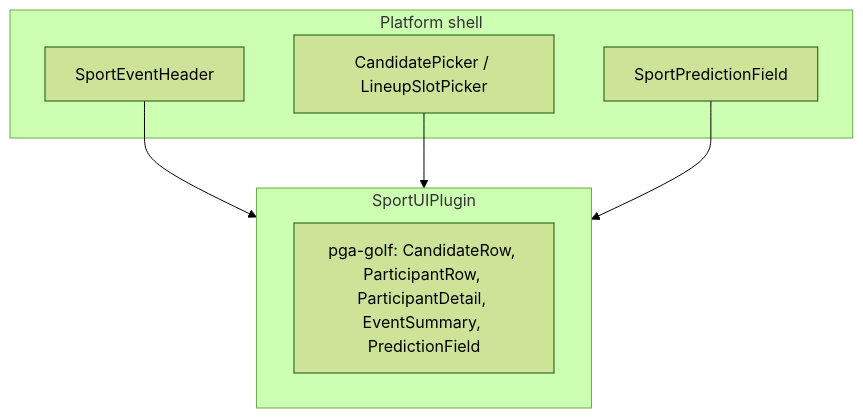
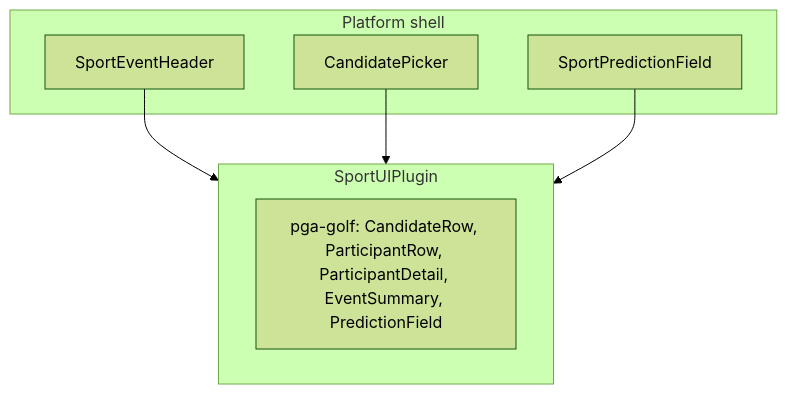
Before and after one commit to MagRelo/cut: the third of 3 diagrams in spec/client/architecture.md, drawn with Mermaid (forest theme). The commit also changed 20 other files, not shown here.

````diff
--- a/spec/client/architecture.md
+++ b/spec/client/architecture.md
@@ -65,14 +65,14 @@
 ```mermaid
 flowchart TB
   subgraph platform[Platform shell]
     Header[SportEventHeader]
-    Picker[CandidatePicker / LineupSlotPicker]
+    Picker[CandidatePicker]
     Pred[SportPredictionField]
   end
   subgraph plugin[SportUIPlugin]
   Golf[pga-golf: CandidateRow, ParticipantRow, ParticipantDetail, EventSummary, PredictionField]
   end
   Header --> plugin
   Picker --> plugin
   Pred --> plugin
 ```
````
